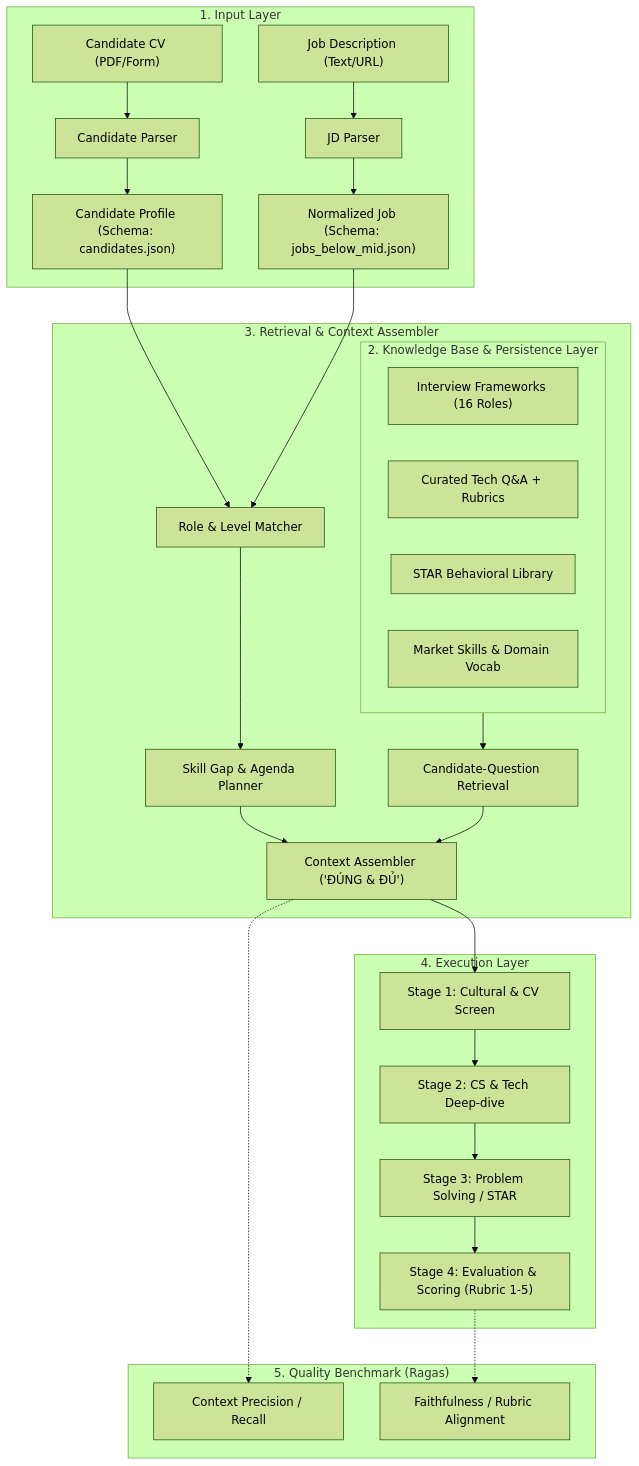
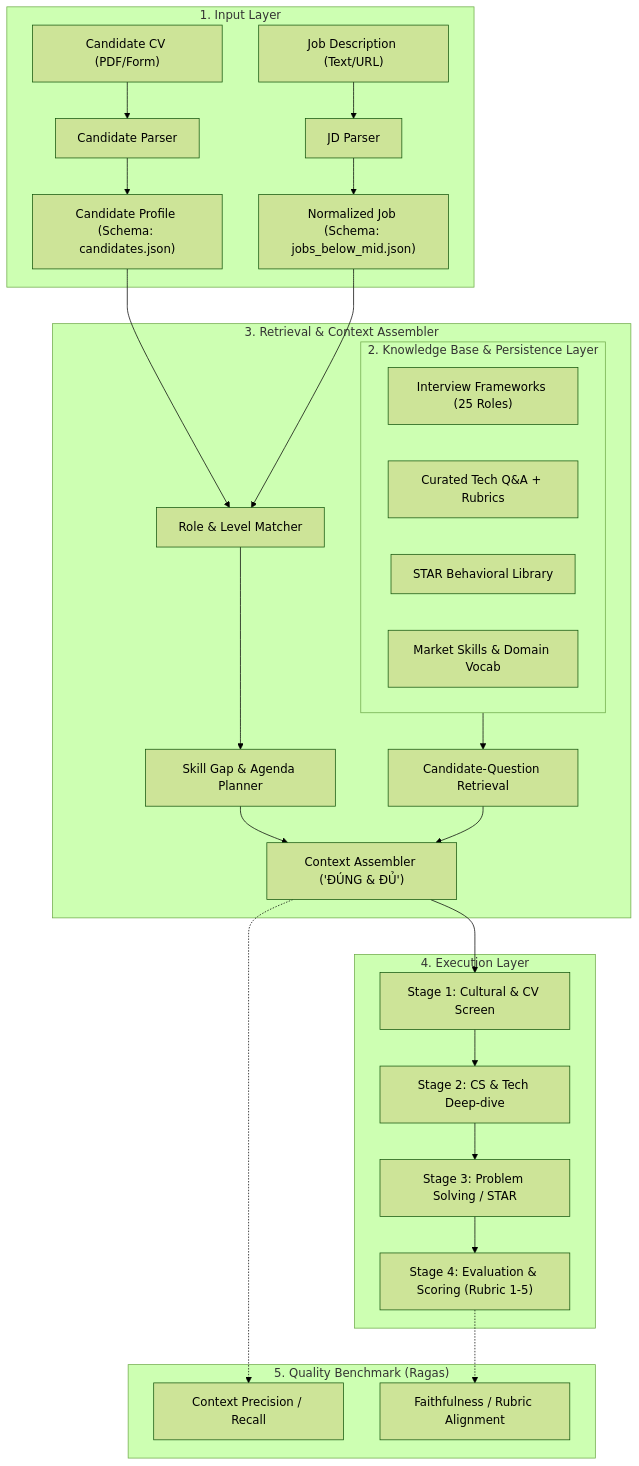
The diagram in README.md (Huynguyen736/dpl_eval), drawn with Mermaid (forest theme) before and after one commit. The commit also changed other lines of this file and 66 other files, not shown here.

````diff
--- a/README.md
+++ b/README.md
@@ -50,35 +50,35 @@
 ```mermaid
 flowchart TD
     subgraph Inputs["1. Input Layer"]
         A1["Candidate CV (PDF/Form)"] --> B1["Candidate Parser"]
         A2["Job Description (Text/URL)"] --> B2["JD Parser"]
         B1 --> C1["Candidate Profile (Schema: candidates.json)"]
         B2 --> C2["Normalized Job (Schema: jobs_below_mid.json)"]
     end
 
     subgraph KnowledgeBase["2. Knowledge Base & Persistence Layer"]
-        KB1["Interview Frameworks (16 Roles)"]
+        KB1["Interview Frameworks (25 Roles)"]
         KB2["Curated Tech Q&A + Rubrics"]
         KB3["STAR Behavioral Library"]
         KB4["Market Skills & Domain Vocab"]
     end
 
     subgraph RetrievalEngine["3. Retrieval & Context Assembler"]
         C1 & C2 --> D1["Role & Level Matcher"]
         D1 --> D2["Skill Gap & Agenda Planner"]
         KnowledgeBase --> D3["Candidate-Question Retrieval"]
         D2 & D3 --> D4["Context Assembler ('ĐÚNG & ĐỦ')"]
     end
 
     subgraph AIInterviewer["4. Execution Layer"]
         D4 --> E1["Stage 1: Cultural & CV Screen"]
         E1 --> E2["Stage 2: CS & Tech Deep-dive"]
         E2 --> E3["Stage 3: Problem Solving / STAR"]
         E3 --> E4["Stage 4: Evaluation & Scoring (Rubric 1-5)"]
     end
 
     subgraph EvalFramework["5. Quality Benchmark (Ragas)"]
         D4 -.-> F1["Context Precision / Recall"]
         E4 -.-> F2["Faithfulness / Rubric Alignment"]
     end
 ```
````
